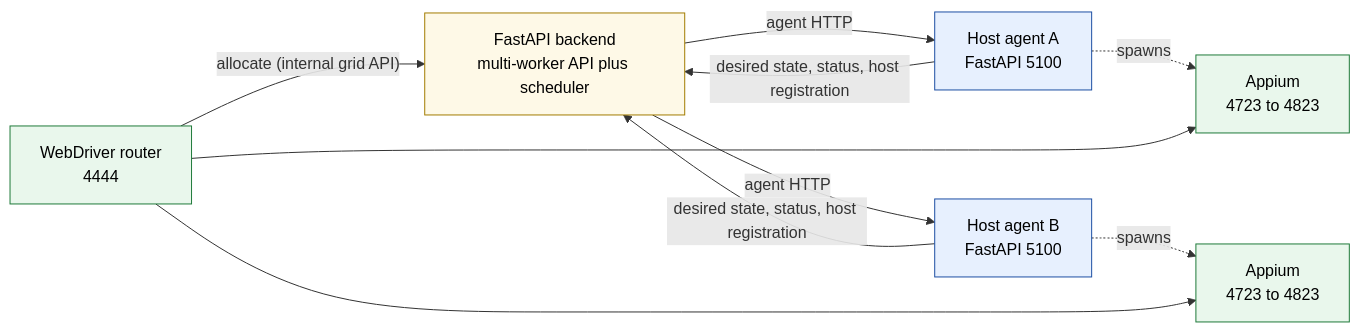
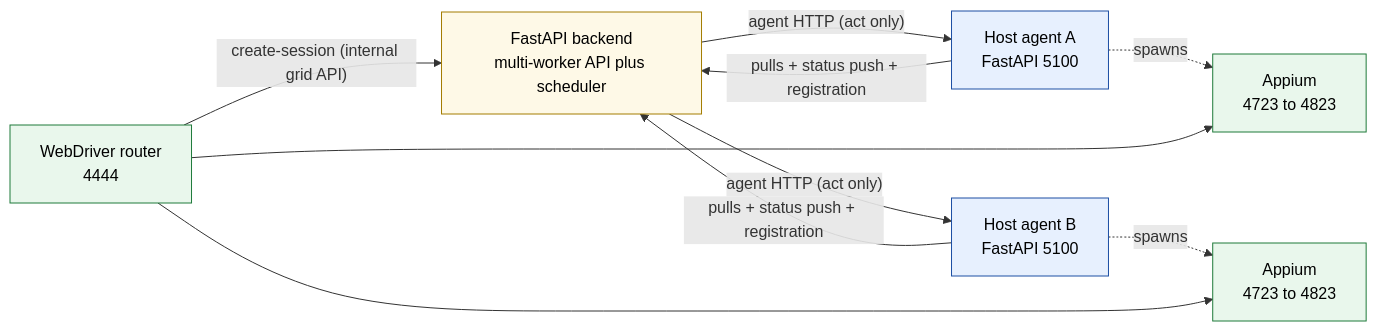
One commit to quidow/gridfleet changed the diagram in docs/design/04-backend-agent-contract.md. Above: the diagram before and after it, drawn with Mermaid. The commit also changed other lines of this file and 1 other file, not shown here.

Commit message:
test(backend): pin the design-doc dial catalog to the agent_comm surface

````diff
--- a/docs/design/04-backend-agent-contract.md
+++ b/docs/design/04-backend-agent-contract.md
@@ -11,23 +9,23 @@
 ```mermaid
 flowchart LR
     classDef be fill:#fef9e7,stroke:#a37c00,color:#000
     classDef ag fill:#e7f0fe,stroke:#1c4ea3,color:#000
     classDef ext fill:#e9f7ec,stroke:#1f7a3a,color:#000
 
     backend["FastAPI backend<br/>multi-worker API plus scheduler"]:::be
     agent1["Host agent A<br/>FastAPI 5100"]:::ag
     agent2["Host agent B<br/>FastAPI 5100"]:::ag
     router["WebDriver router<br/>4444"]:::ext
     appium1["Appium<br/>4723 to 4823"]:::ext
     appium2["Appium<br/>4723 to 4823"]:::ext
 
-    backend -->|"agent HTTP"| agent1
-    backend -->|"agent HTTP"| agent2
-    agent1 -->|"desired state, status, host registration"| backend
-    agent2 -->|"desired state, status, host registration"| backend
+    backend -->|"agent HTTP (act only)"| agent1
+    backend -->|"agent HTTP (act only)"| agent2
+    agent1 -->|"pulls + status push + registration"| backend
+    agent2 -->|"pulls + status push + registration"| backend
     agent1 -.spawns.-> appium1
     agent2 -.spawns.-> appium2
-    router -->|"allocate (internal grid API)"| backend
+    router -->|"create-session (internal grid API)"| backend
     router --> appium1
     router --> appium2
 ```
````
